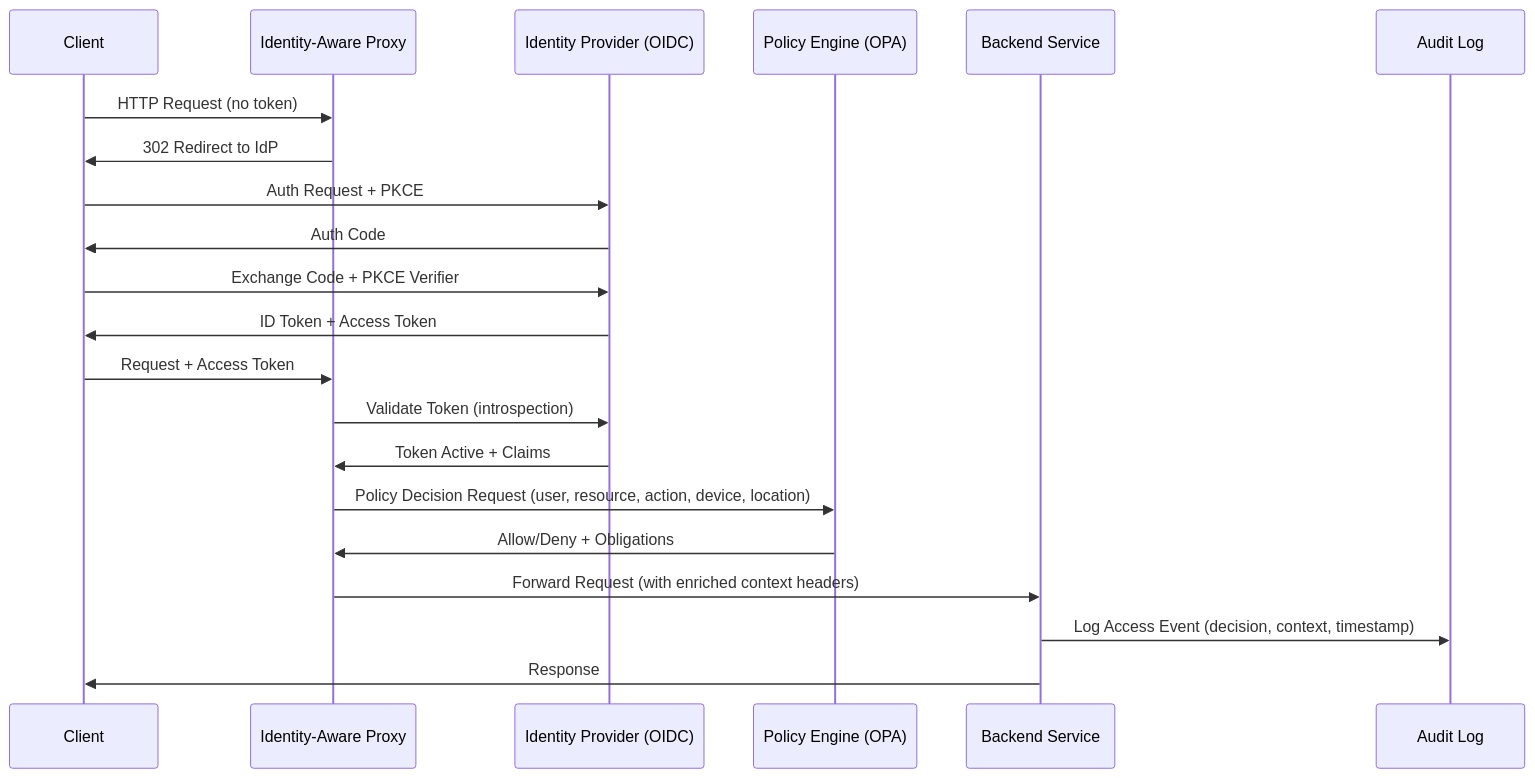
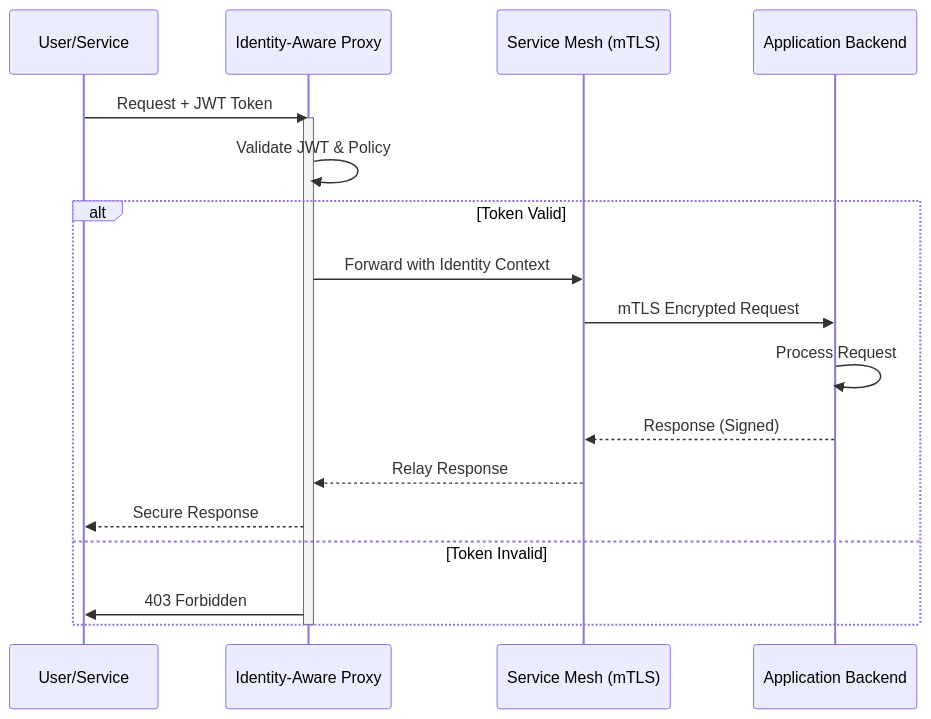
Before and after one commit to govindtank/govindtank.github.io: the diagram in src/content/blog/zero-trust-architecture-implementing-security-in-distributed-cloud-systems.md, drawn with Mermaid. The commit also changed other lines of this file and 117 other files, not shown here.

First line of the commit message:
blog: Add Zero-Trust Architecture: Implementing Security in Distributed Cloud Systems - 2026-07-19

````diff
--- a/src/content/blog/zero-trust-architecture-implementing-security-in-distributed-cloud-systems.md
+++ b/src/content/blog/zero-trust-architecture-implementing-security-in-distributed-cloud-systems.md
@@ -220,24 +34,22 @@
 ```mermaid
 sequenceDiagram
-    participant Client
+    participant Client as User/Service
     participant IAP as Identity-Aware Proxy
-    participant IdP as Identity Provider (OIDC)
-    participant PE as Policy Engine (OPA)
-    participant App as Backend Service
-    participant Audit as Audit Log
-
-    Client->>IAP: HTTP Request (no token)
-    IAP->>Client: 302 Redirect to IdP
-    Client->>IdP: Auth Request + PKCE
-    IdP->>Client: Auth Code
-    Client->>IdP: Exchange Code + PKCE Verifier
-    IdP->>Client: ID Token + Access Token
-    Client->>IAP: Request + Access Token
-    IAP->>IdP: Validate Token (introspection)
-    IdP->>IAP: Token Active + Claims
-    IAP->>PE: Policy Decision Request (user, resource, action, device, location)
-    PE->>IAP: Allow/Deny + Obligations
-    IAP->>App: Forward Request (with enriched context headers)
-    App->>Audit: Log Access Event (decision, context, timestamp)
-    App->>Client: Response
+    participant Mesh as Service Mesh (mTLS)
+    participant Backend as Application Backend
+    
+    Client->>IAP: Request + JWT Token
+    activate IAP
+    IAP->>IAP: Validate JWT & Policy
+    alt Token Valid
+        IAP->>Mesh: Forward with Identity Context
+        Mesh->>Backend: mTLS Encrypted Request
+        Backend->>Backend: Process Request
+        Backend-->>Mesh: Response (Signed)
+        Mesh-->>IAP: Relay Response
+        IAP-->>Client: Secure Response
+    else Token Invalid
+        IAP->>Client: 403 Forbidden
+    end
+    deactivate IAP
 ```
````
